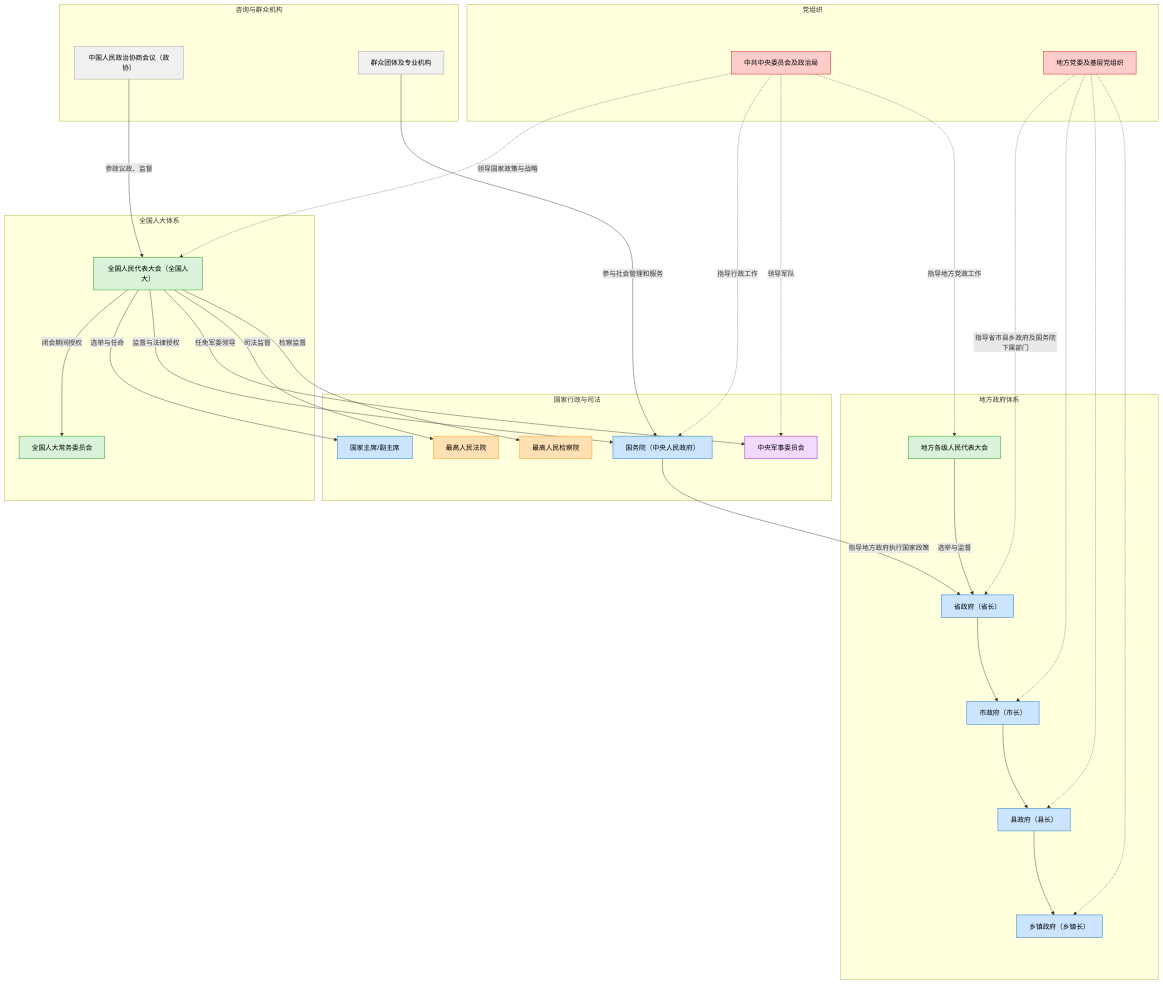
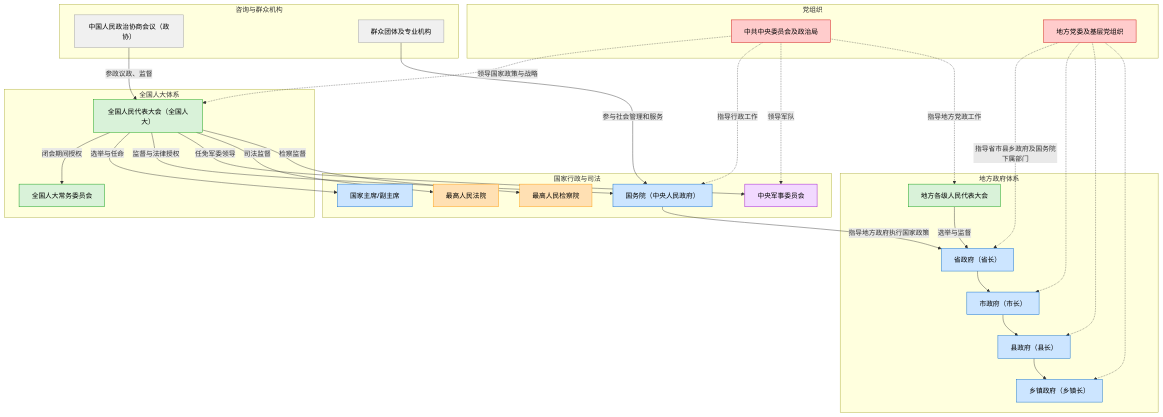
One commit to zeroDtree/zeroDtree.github.io changed the diagram in content/故事/政治机构图.md. Above: the diagram before and after it, drawn with Mermaid. The commit also changed 1 other file, not shown here.

````diff
--- a/content/故事/政治机构图.md
+++ b/content/故事/政治机构图.md
@@ -11,73 +11,72 @@
 ```mermaid
-%%{init: {'flowchart': {'rankSpacing': 200}}}%%
 graph TB
     %% 第一层：党领导核心
     subgraph 党组织
         J[中共中央委员会及政治局]:::party
         J1[地方党委及基层党组织]:::party
     end
 
     %% 第二层：全国人大
     subgraph 全国人大体系
         A[全国人民代表大会（全国人大）]:::legislative
         B[全国人大常务委员会]:::legislative
     end
 
     %% 第三层：国家机关
     subgraph 国家行政与司法
         C[国家主席/副主席]:::executive
         D[国务院（中央人民政府）]:::executive
         E[中央军事委员会]:::military
         F[最高人民法院]:::judiciary
         G[最高人民检察院]:::judiciary
     end
 
     %% 第五层：地方人大与地方政府
     subgraph 地方政府体系
         H[地方各级人民代表大会]:::legislative
         P[省政府（省长）]:::executive
         M[市政府（市长）]:::executive
         Cn[县政府（县长）]:::executive
         T[乡镇政府（乡镇长）]:::executive
     end
 
     %% 第六层：政协和群众团体
     subgraph 咨询与群众机构
         K[中国人民政治协商会议（政协）]:::consultative
         L[群众团体及专业机构]:::consultative
     end
 
     %% 核心关系（实线表示上下级/监督/执行）
     A -->|闭会期间授权| B
     A -->|选举与任命| C
     A -->|监督与法律授权| D
     A -->|任免军委领导| E
     A -->|司法监督| F
     A -->|检察监督| G
 
     D -->|指导地方政府执行国家政策| P
     H -->|选举与监督| P
     P --> M --> Cn --> T
 
     %% 党对国家机关与地方政府的领导（虚线）
     J -.->|领导国家政策与战略| A
     J -.->|指导行政工作| D
     J -.->|领导军队| E
     J -.->|指导地方党政工作| H
     J1 -.->|指导省市县乡政府及国务院下属部门| P
     J1 -.-> M
     J1 -.-> Cn
     J1 -.-> T
 
     %% 其他机构
     K -->|参政议政、监督| A
     L -->|参与社会管理和服务| D
 
     %% class 定义
     classDef party fill:#ffcccc,stroke:#cc0000,color:#000
     classDef executive fill:#cce5ff,stroke:#0066cc,color:#000
     classDef legislative fill:#d9f2d9,stroke:#009900,color:#000
     classDef judiciary fill:#ffe0b3,stroke:#ff9900,color:#000
     classDef military fill:#f2d9ff,stroke:#9900cc,color:#000
     classDef consultative fill:#f0f0f0,stroke:#999999,color:#000
 ```
````
